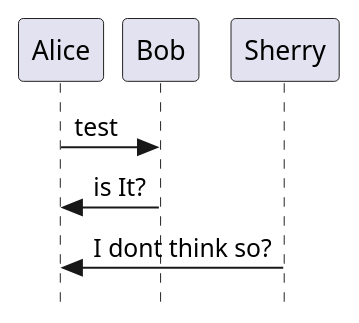
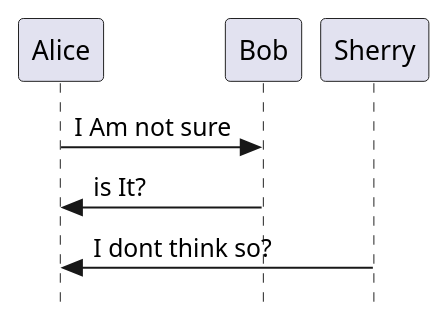
Before and after one commit to gerometan/frontpage: the diagram in docs/modules/ROOT/partials/bar.puml, drawn with PlantUML.

```diff
--- a/docs/modules/ROOT/partials/bar.puml
+++ b/docs/modules/ROOT/partials/bar.puml
@@ -1,6 +1,6 @@
 @startuml HelloWorld
 skinparam Style strictuml
-Alice -> Bob: test
+Alice -> Bob: I Am not sure
 Alice <- Bob: is It?
 Alice <- Sherry: I dont think so?
 @enduml
```
